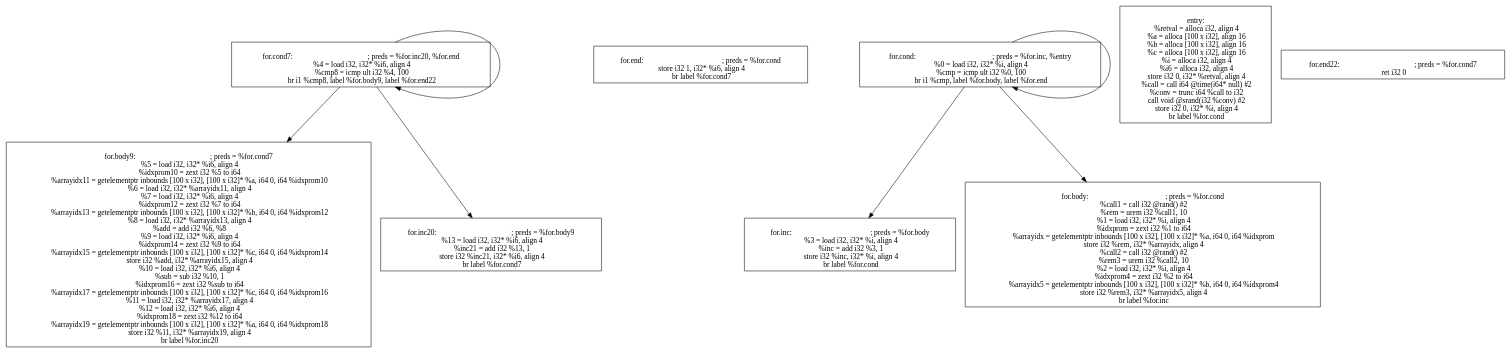
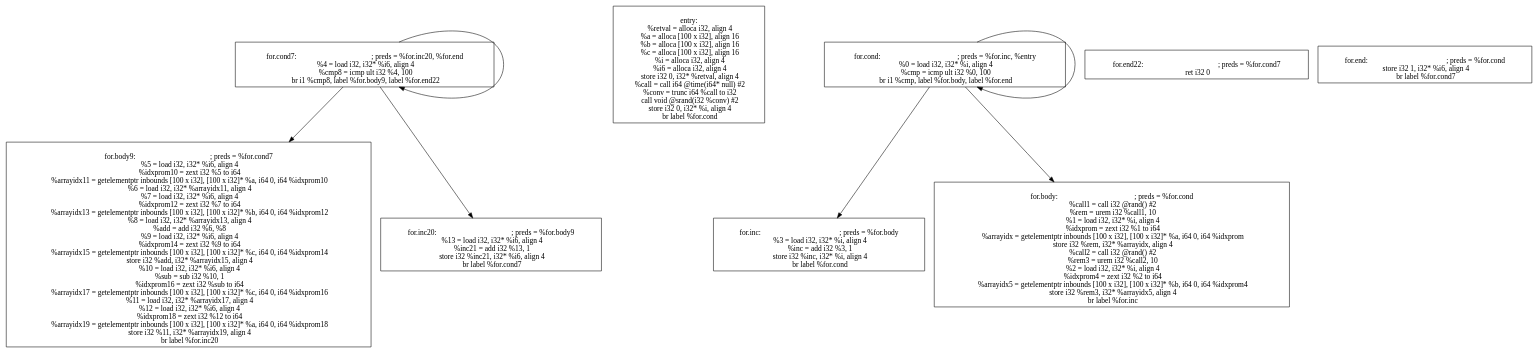
The diagram in playground/dots/array-calc-cross-it-dep/main.cdg.dot.dot (harel-coffee/PParMetrics-auto), drawn with Graphviz before and after one commit. The commit also changed 2071 other files, not shown here.

```diff
--- a/playground/dots/array-calc-cross-it-dep/main.cdg.dot.dot
+++ b/playground/dots/array-calc-cross-it-dep/main.cdg.dot.dot
@@ -1,106 +1,106 @@
 
 digraph G {
 
 
 node7 [label="
 for.body9:                                        ; preds = %for.cond7
   %5 = load i32, i32* %i6, align 4
   %idxprom10 = zext i32 %5 to i64
   %arrayidx11 = getelementptr inbounds [100 x i32], [100 x i32]* %a, i64 0, i64 %idxprom10
   %6 = load i32, i32* %arrayidx11, align 4
   %7 = load i32, i32* %i6, align 4
   %idxprom12 = zext i32 %7 to i64
   %arrayidx13 = getelementptr inbounds [100 x i32], [100 x i32]* %b, i64 0, i64 %idxprom12
   %8 = load i32, i32* %arrayidx13, align 4
   %add = add i32 %6, %8
   %9 = load i32, i32* %i6, align 4
   %idxprom14 = zext i32 %9 to i64
   %arrayidx15 = getelementptr inbounds [100 x i32], [100 x i32]* %c, i64 0, i64 %idxprom14
   store i32 %add, i32* %arrayidx15, align 4
   %10 = load i32, i32* %i6, align 4
   %sub = sub i32 %10, 1
   %idxprom16 = zext i32 %sub to i64
   %arrayidx17 = getelementptr inbounds [100 x i32], [100 x i32]* %c, i64 0, i64 %idxprom16
   %11 = load i32, i32* %arrayidx17, align 4
   %12 = load i32, i32* %i6, align 4
   %idxprom18 = zext i32 %12 to i64
   %arrayidx19 = getelementptr inbounds [100 x i32], [100 x i32]* %a, i64 0, i64 %idxprom18
   store i32 %11, i32* %arrayidx19, align 4
   br label %for.inc20
 ",shape=rectangle ]
 node6 [label="
-for.end:                                          ; preds = %for.cond
-  store i32 1, i32* %i6, align 4
-  br label %for.cond7
+entry:
+  %retval = alloca i32, align 4
+  %a = alloca [100 x i32], align 16
+  %b = alloca [100 x i32], align 16
+  %c = alloca [100 x i32], align 16
+  %i = alloca i32, align 4
+  %i6 = alloca i32, align 4
+  store i32 0, i32* %retval, align 4
+  %call = call i64 @time(i64* null) #2
+  %conv = trunc i64 %call to i32
+  call void @srand(i32 %conv) #2
+  store i32 0, i32* %i, align 4
+  br label %for.cond
 ",shape=rectangle ]
 node1 [label="
 for.inc:                                          ; preds = %for.body
   %3 = load i32, i32* %i, align 4
   %inc = add i32 %3, 1
   store i32 %inc, i32* %i, align 4
   br label %for.cond
 ",shape=rectangle ]
 node2 [label="
 for.cond:                                         ; preds = %for.inc, %entry
   %0 = load i32, i32* %i, align 4
   %cmp = icmp ult i32 %0, 100
   br i1 %cmp, label %for.body, label %for.end
 ",shape=rectangle ]
 node3 [label="
-entry:
-  %retval = alloca i32, align 4
-  %a = alloca [100 x i32], align 16
-  %b = alloca [100 x i32], align 16
-  %c = alloca [100 x i32], align 16
-  %i = alloca i32, align 4
-  %i6 = alloca i32, align 4
-  store i32 0, i32* %retval, align 4
-  %call = call i64 @time(i64* null) #2
-  %conv = trunc i64 %call to i32
-  call void @srand(i32 %conv) #2
-  store i32 0, i32* %i, align 4
-  br label %for.cond
+for.inc20:                                        ; preds = %for.body9
+  %13 = load i32, i32* %i6, align 4
+  %inc21 = add i32 %13, 1
+  store i32 %inc21, i32* %i6, align 4
+  br label %for.cond7
 ",shape=rectangle ]
 node0 [label="
 for.cond7:                                        ; preds = %for.inc20, %for.end
   %4 = load i32, i32* %i6, align 4
   %cmp8 = icmp ult i32 %4, 100
   br i1 %cmp8, label %for.body9, label %for.end22
 ",shape=rectangle ]
 node8 [label="
 for.end22:                                        ; preds = %for.cond7
   ret i32 0
 ",shape=rectangle ]
 node4 [label="
-for.inc20:                                        ; preds = %for.body9
-  %13 = load i32, i32* %i6, align 4
-  %inc21 = add i32 %13, 1
-  store i32 %inc21, i32* %i6, align 4
-  br label %for.cond7
-",shape=rectangle ]
-node5 [label="
 for.body:                                         ; preds = %for.cond
   %call1 = call i32 @rand() #2
   %rem = urem i32 %call1, 10
   %1 = load i32, i32* %i, align 4
   %idxprom = zext i32 %1 to i64
   %arrayidx = getelementptr inbounds [100 x i32], [100 x i32]* %a, i64 0, i64 %idxprom
   store i32 %rem, i32* %arrayidx, align 4
   %call2 = call i32 @rand() #2
   %rem3 = urem i32 %call2, 10
   %2 = load i32, i32* %i, align 4
   %idxprom4 = zext i32 %2 to i64
   %arrayidx5 = getelementptr inbounds [100 x i32], [100 x i32]* %b, i64 0, i64 %idxprom4
   store i32 %rem3, i32* %arrayidx5, align 4
   br label %for.inc
 ",shape=rectangle ]
+node5 [label="
+for.end:                                          ; preds = %for.cond
+  store i32 1, i32* %i6, align 4
+  br label %for.cond7
+",shape=rectangle ]
 
+node2->node4 [ ]
 node2->node2 [ ]
-node2->node5 [ ]
 node0->node0 [ ]
-node0->node4 [ ]
+node0->node3 [ ]
 node2->node1 [ ]
 node0->node7 [ ]
 
 
 }
```
